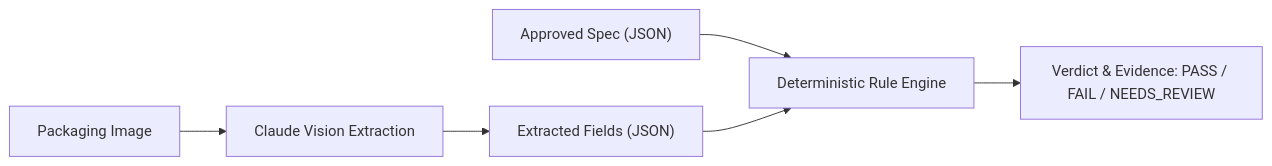
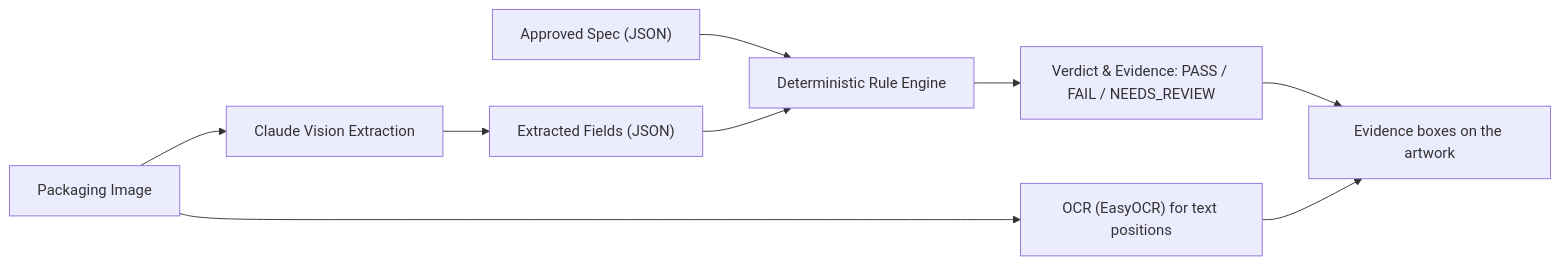
The diagram in README.md (OrbitingMind/packaging-artwork-checker), drawn with Mermaid before and after one commit. The commit also changed other lines of this file and 6 other files, not shown here.

````diff
--- a/README.md
+++ b/README.md
@@ -17,8 +44,11 @@
 ```mermaid
 flowchart LR
     A["Packaging Image"] --> B["Claude Vision Extraction"]
     B --> C["Extracted Fields (JSON)"]
     D["Approved Spec (JSON)"] --> E["Deterministic Rule Engine"]
     C --> E
     E --> F["Verdict & Evidence: PASS / FAIL / NEEDS_REVIEW"]
+    A --> G["OCR (EasyOCR) for text positions"]
+    F --> H["Evidence boxes on the artwork"]
+    G --> H
 ```
````
